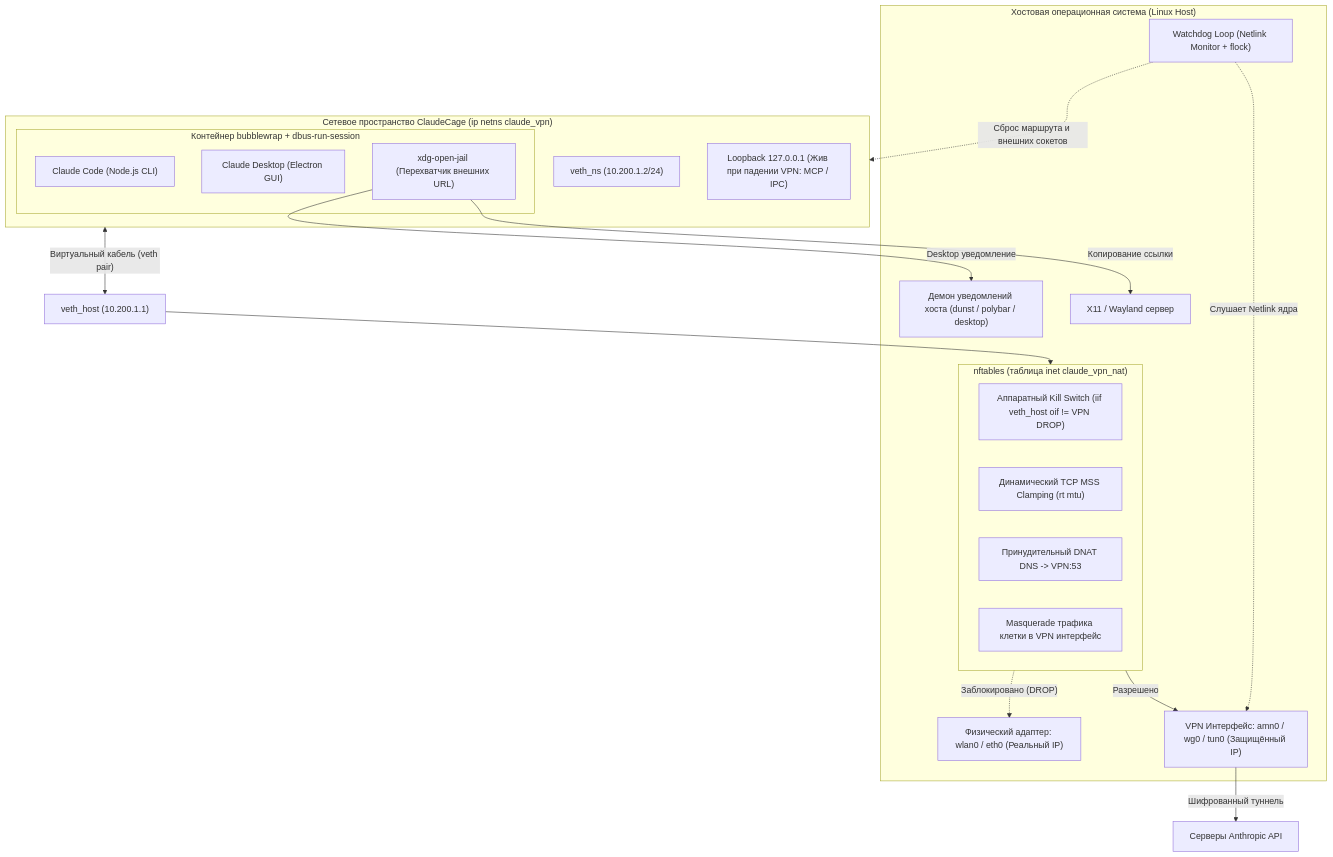
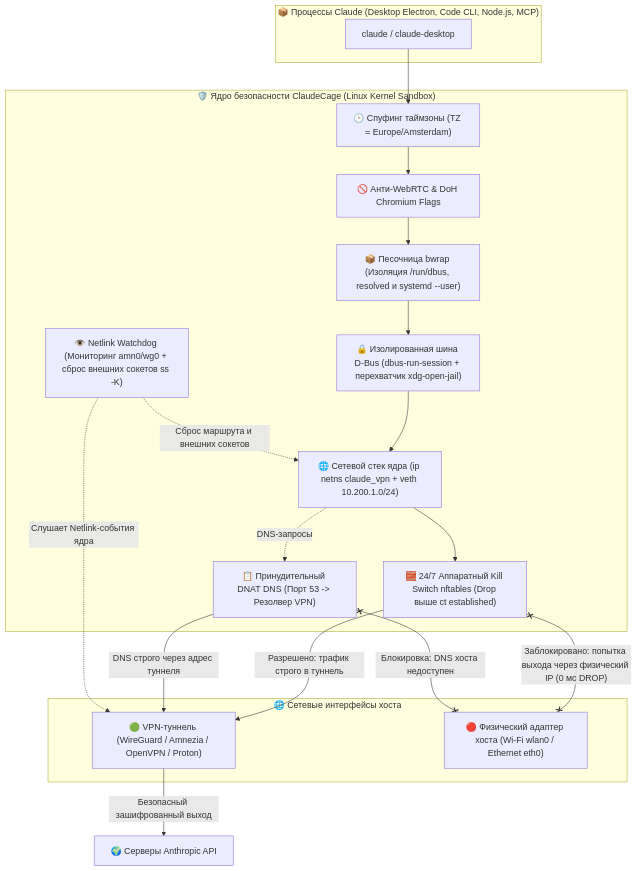
One commit to NikitaLozinsky/ClaudeCage_Linux changed the first of 2 diagrams in README.md. Above: the diagram before and after it, drawn with Mermaid. The commit also changed other lines of this file, not shown here.

Commit message:
docs: revamp README with high-impact architecture diagrams and threat model

````diff
--- a/README.md
+++ b/README.md
@@ -97,43 +17,35 @@
 ```mermaid
 flowchart TD
-    subgraph Host["Хостовая операционная система (Linux Host)"]
-        WLAN["Физический адаптер: wlan0 / eth0 (Реальный IP)"]
-        VPN["VPN Интерфейс: amn0 / wg0 / tun0 (Защищённый IP)"]
-        DUNST["Демон уведомлений хоста (dunst / polybar / desktop)"]
-        X11["X11 / Wayland сервер"]
-        
-        subgraph Netfilter["nftables (таблица inet claude_vpn_nat)"]
-            KS["Аппаратный Kill Switch (iif veth_host oif != VPN DROP)"]
-            MSS["Динамический TCP MSS Clamping (rt mtu)"]
-            DNAT["Принудительный DNAT DNS -> VPN:53"]
-            NAT["Masquerade трафика клетки в VPN интерфейс"]
-        end
-        
-        WD["Watchdog Loop (Netlink Monitor + flock)"]
+    subgraph App["📦 Процессы Claude (Desktop Electron, Code CLI, Node.js, MCP)"]
+        CL["claude / claude-desktop"]
     end
 
-    subgraph Jail["Сетевое пространство ClaudeCage (ip netns claude_vpn)"]
-        VETH_NS["veth_ns (10.200.1.2/24)"]
-        LO["Loopback 127.0.0.1 (Жив при падении VPN: MCP / IPC)"]
-        
-        subgraph Sandbox["Контейнер bubblewrap + dbus-run-session"]
-            APP_CLI["Claude Code (Node.js CLI)"]
-            APP_GUI["Claude Desktop (Electron GUI)"]
-            XDG["xdg-open-jail (Перехватчик внешних URL)"]
-        end
+    subgraph Defense["🛡️ Ядро безопасности ClaudeCage (Linux Kernel Sandbox)"]
+        TZ["🕒 Спуфинг таймзоны (TZ = Europe/Amsterdam)"]
+        RTC["🚫 Анти-WebRTC & DoH Chromium Flags"]
+        BWRAP["📦 Песочница bwrap (Изоляция /run/dbus, resolved и systemd --user)"]
+        DBUS["🔒 Изолированная шина D-Bus (dbus-run-session + перехватчик xdg-open-jail)"]
+        NETNS["🌐 Сетевой стек ядра (ip netns claude_vpn + veth 10.200.1.0/24)"]
+        NFT["🧱 24/7 Аппаратный Kill Switch nftables (Drop выше ct established)"]
+        DNAT["📋 Принудительный DNAT DNS (Порт 53 -> Резолвер VPN)"]
+        WD["👁️ Netlink Watchdog (Мониторинг amn0/wg0 + сброс внешних сокетов ss -K)"]
     end
 
-    VETH_HOST["veth_host (10.200.1.1)"]
+    subgraph Net["🌐 Сетевые интерфейсы хоста"]
+        VPN["🟢 VPN-туннель (WireGuard / Amnezia / OpenVPN / Proton)"]
+        ETH["🔴 Физический адаптер хоста (Wi-Fi wlan0 / Ethernet eth0)"]
+    end
 
-    Jail <-->|"Виртуальный кабель (veth pair)"| VETH_HOST
-    VETH_HOST --> Netfilter
-    Netfilter -->|"Разрешено"| VPN
-    Netfilter -.->|"Заблокировано (DROP)"| WLAN
-    VPN -->|"Шифрованный туннель"| ANTHROPIC["Серверы Anthropic API"]
-    
-    WD -.->|"Слушает Netlink ядра"| VPN
-    WD -.->|"Сброс маршрута и внешних сокетов"| Jail
+    CL --> TZ --> RTC --> BWRAP --> DBUS --> NETNS --> NFT
+    NETNS -.->|"DNS-запросы"| DNAT
 
-    XDG -->|"Копирование ссылки"| X11
-    XDG -->|"Desktop уведомление"| DUNST
+    NFT -->|"Разрешено: трафик строго в туннель"| VPN
+    NFT x--x|"Заблокировано: попытка выхода через физический IP (0 мс DROP)"| ETH
+    DNAT -->|"DNS строго через адрес туннеля"| VPN
+    DNAT x--x|"Блокировка: DNS хоста недоступен"| ETH
+
+    WD -.->|"Слушает Netlink-события ядра"| VPN
+    WD -.->|"Сброс маршрута и внешних сокетов"| NETNS
+
+    VPN -->|"Безопасный зашифрованный выход"| Internet["🌍 Серверы Anthropic API"]
 ```
````
